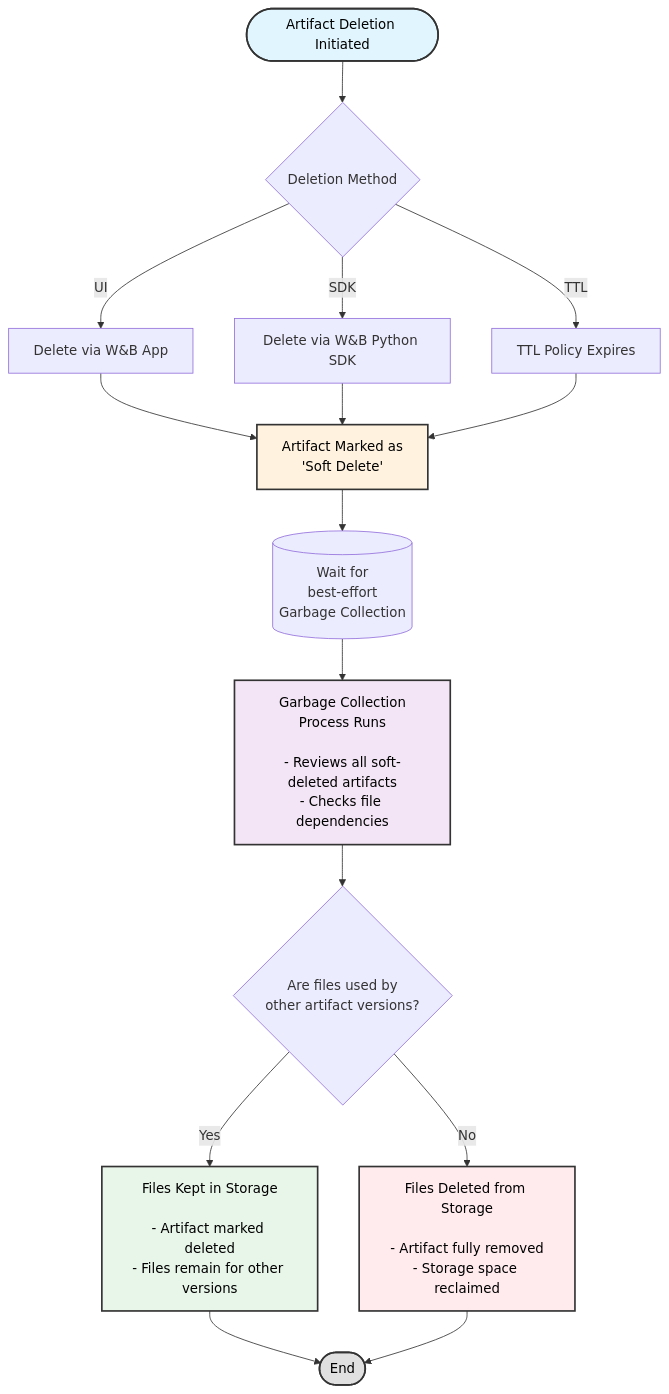
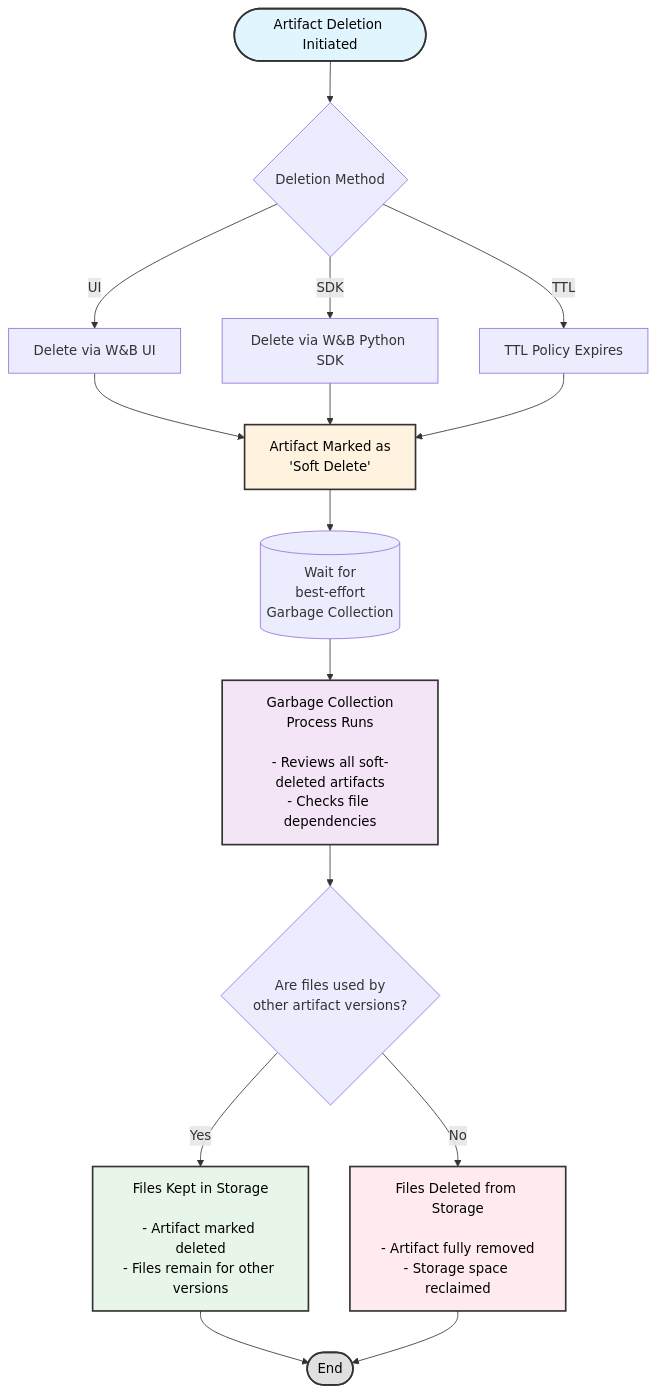
One commit to wandb/docs changed the diagram in models/artifacts/delete-artifacts.mdx. Above: the diagram before and after it, drawn with Mermaid. The commit also changed other lines of this file and 96 other files, not shown here.

````diff
--- a/models/artifacts/delete-artifacts.mdx
+++ b/models/artifacts/delete-artifacts.mdx
@@ -19,31 +19,31 @@
 ```mermaid
 graph TB
     Start([Artifact Deletion Initiated]) --> DeleteMethod{Deletion Method}
     
-    DeleteMethod -->|UI| UIDelete[Delete via W&B App]
+    DeleteMethod -->|UI| UIDelete[Delete via W&B UI]
     DeleteMethod -->|SDK| SDKDelete[Delete via W&B Python SDK]
     DeleteMethod -->|TTL| TTLDelete[TTL Policy Expires]
     
     UIDelete --> SoftDelete[Artifact Marked as<br/>'Soft Delete']
     SDKDelete --> SoftDelete
     TTLDelete --> SoftDelete
     
     SoftDelete --> GCWait[(Wait for<br/>best-effort<br/>Garbage Collection)]
     
     GCWait --> GCRun[Garbage Collection<br/>Process Runs<br/><br/>- Reviews all soft-deleted artifacts<br/>- Checks file dependencies]
     
     GCRun --> CheckUsage{Are files used by<br/>other artifact versions?}
     
     CheckUsage -->|Yes| KeepFiles[Files Kept in Storage<br/><br/>- Artifact marked deleted<br/>- Files remain for other versions]
     CheckUsage -->|No| DeleteFiles[Files Deleted from Storage<br/><br/>- Artifact fully removed<br/>- Storage space reclaimed]
     
     KeepFiles --> End([End])
     DeleteFiles --> End
     
     style Start fill:#e1f5fe,stroke:#333,stroke-width:2px,color:#000
     style SoftDelete fill:#fff3e0,stroke:#333,stroke-width:2px,color:#000
     style GCRun fill:#f3e5f5,stroke:#333,stroke-width:2px,color:#000
     style KeepFiles fill:#e8f5e9,stroke:#333,stroke-width:2px,color:#000
     style DeleteFiles fill:#ffebee,stroke:#333,stroke-width:2px,color:#000
     style End fill:#e0e0e0,stroke:#333,stroke-width:2px,color:#000
 ``` 
````
